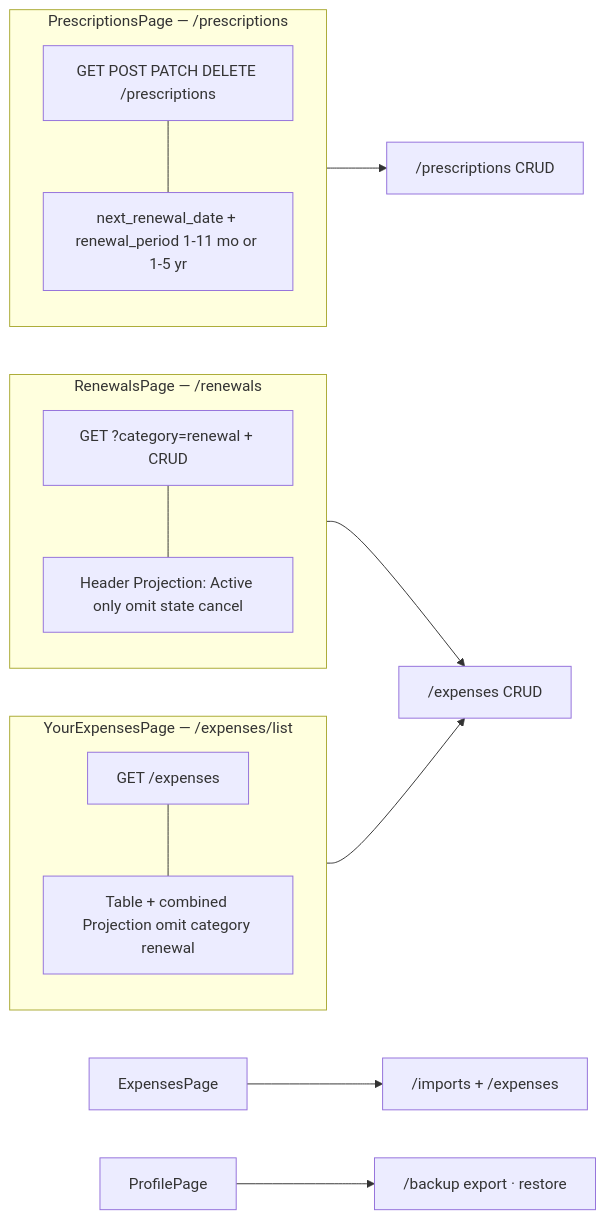
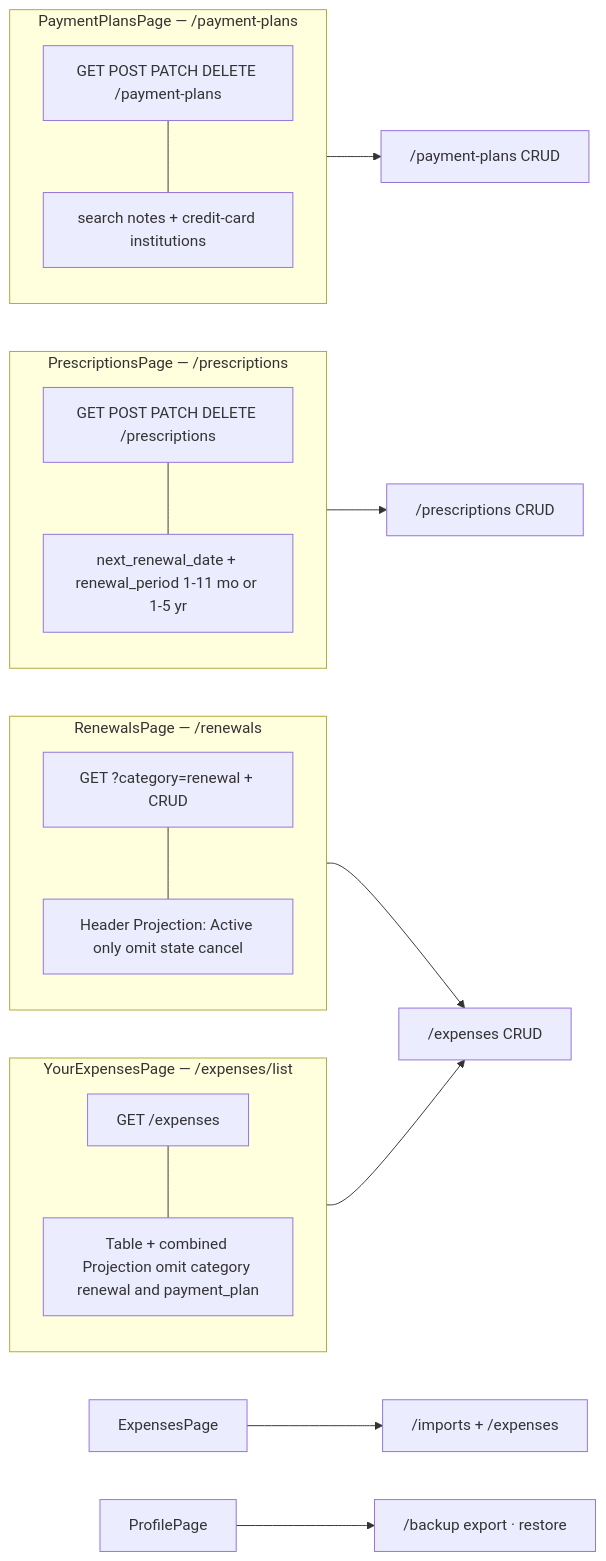
One commit to becomeonewiththecode/expense_tracker changed the ninth of 18 diagrams in docs/ARCHITECTURE_DIAGRAM.md. Above: the diagram before and after it, drawn with Mermaid. The commit also changed other lines of this file and 21 other files, not shown here.

First line of the commit message:
Add Payment Plan workflows and unify list experiences.

````diff
--- a/docs/ARCHITECTURE_DIAGRAM.md
+++ b/docs/ARCHITECTURE_DIAGRAM.md
@@ -303,25 +315,31 @@
 ```mermaid
 flowchart LR
   EP[ExpensesPage] --> IM["/imports + /expenses"]
   subgraph YEP["YourExpensesPage — /expenses/list"]
     direction TB
     YG["GET /expenses"]
-    YV["Table + combined Projection omit category renewal"]
+    YV["Table + combined Projection omit category renewal and payment_plan"]
     YG --- YV
   end
   subgraph NRP["RenewalsPage — /renewals"]
     direction TB
     NG["GET ?category=renewal + CRUD"]
     NV["Header Projection: Active only omit state cancel"]
     NG --- NV
   end
   NRP --> EX["/expenses CRUD"]
   YEP --> EX
   subgraph PSPg["PrescriptionsPage — /prescriptions"]
     direction TB
     PG2["GET POST PATCH DELETE /prescriptions"]
     PG2 --- PGnote["next_renewal_date + renewal_period 1-11 mo or 1-5 yr"]
   end
   PSPg --> PRX["/prescriptions CRUD"]
+  subgraph PPPg["PaymentPlansPage — /payment-plans"]
+    direction TB
+    PPG2["GET POST PATCH DELETE /payment-plans"]
+    PPG2 --- PPGnote["search notes + credit-card institutions"]
+  end
+  PPPg --> PPX["/payment-plans CRUD"]
   PP[ProfilePage] --> BK["/backup export · restore"]
 ```
````
